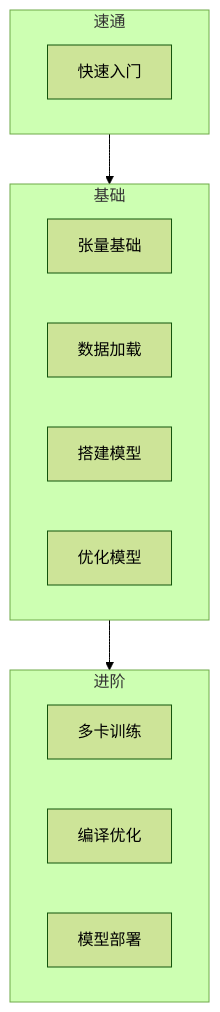
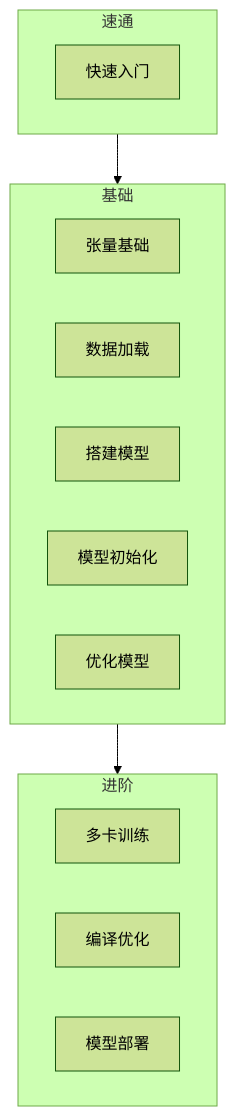
The diagram in docs/Python/ThirdPartyLibrary/pytorch/index.md (AIboy996/AIboy996.GitHub.io), drawn with Mermaid (forest theme) before and after one commit. The commit also changed 3 other files, not shown here.

````diff
--- a/docs/Python/ThirdPartyLibrary/pytorch/index.md
+++ b/docs/Python/ThirdPartyLibrary/pytorch/index.md
@@ -20,26 +20,28 @@
 ```mermaid
 flowchart TD
     subgraph 速通
         快速入门
     end
     subgraph 基础
         张量基础
         数据加载
         搭建模型
+        模型初始化
         优化模型
     end
     subgraph 进阶
         多卡训练
         编译优化
         模型部署
     end
     速通 --> 基础 --> 进阶
 
     click 快速入门 "./quick_start/"
     click 张量基础 "./tensor/"
     click 数据加载 "./data/"
     click 搭建模型 "./model/"
+    click 模型初始化 "./init/"
     click 优化模型 "./optimizer/"
     click 多卡训练 "./multi_gpu/"
     click 编译优化 "./compile/"
 ```
````
